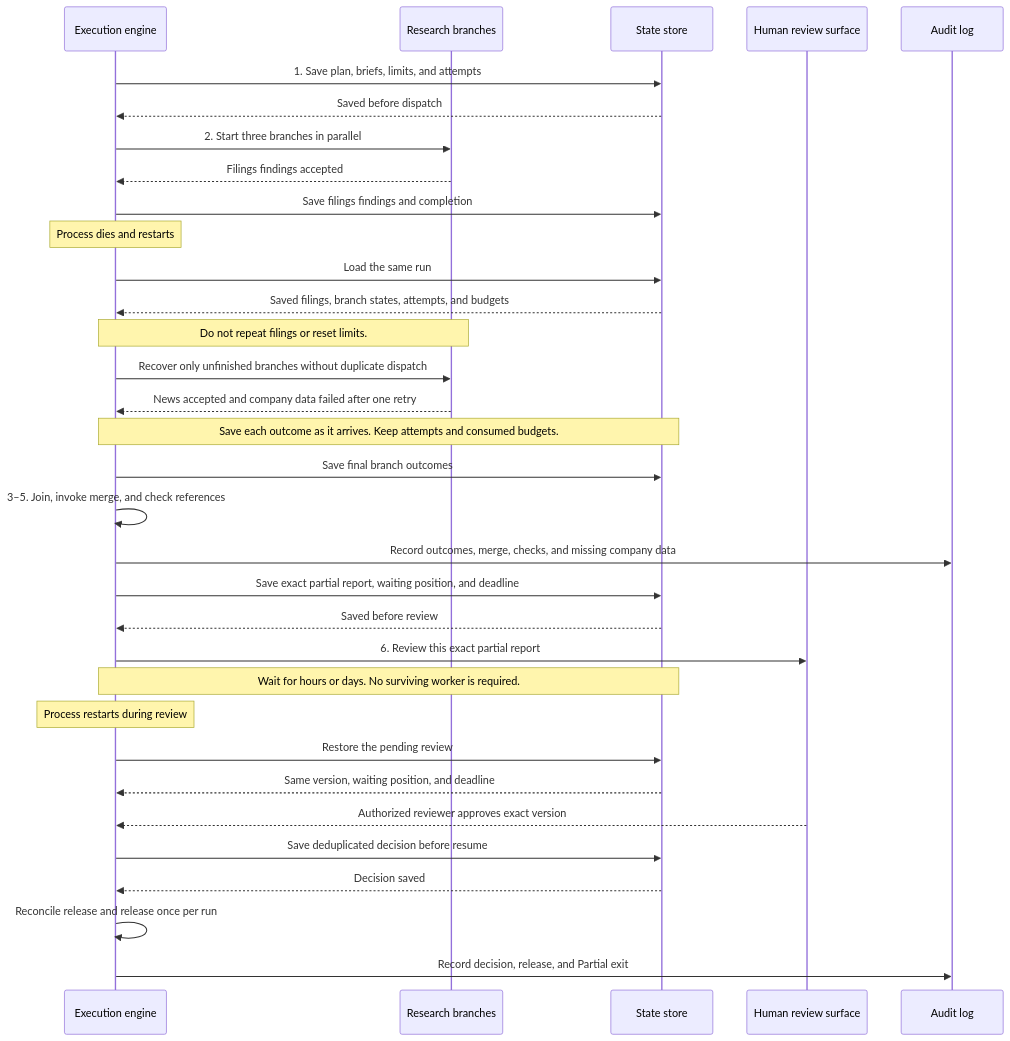
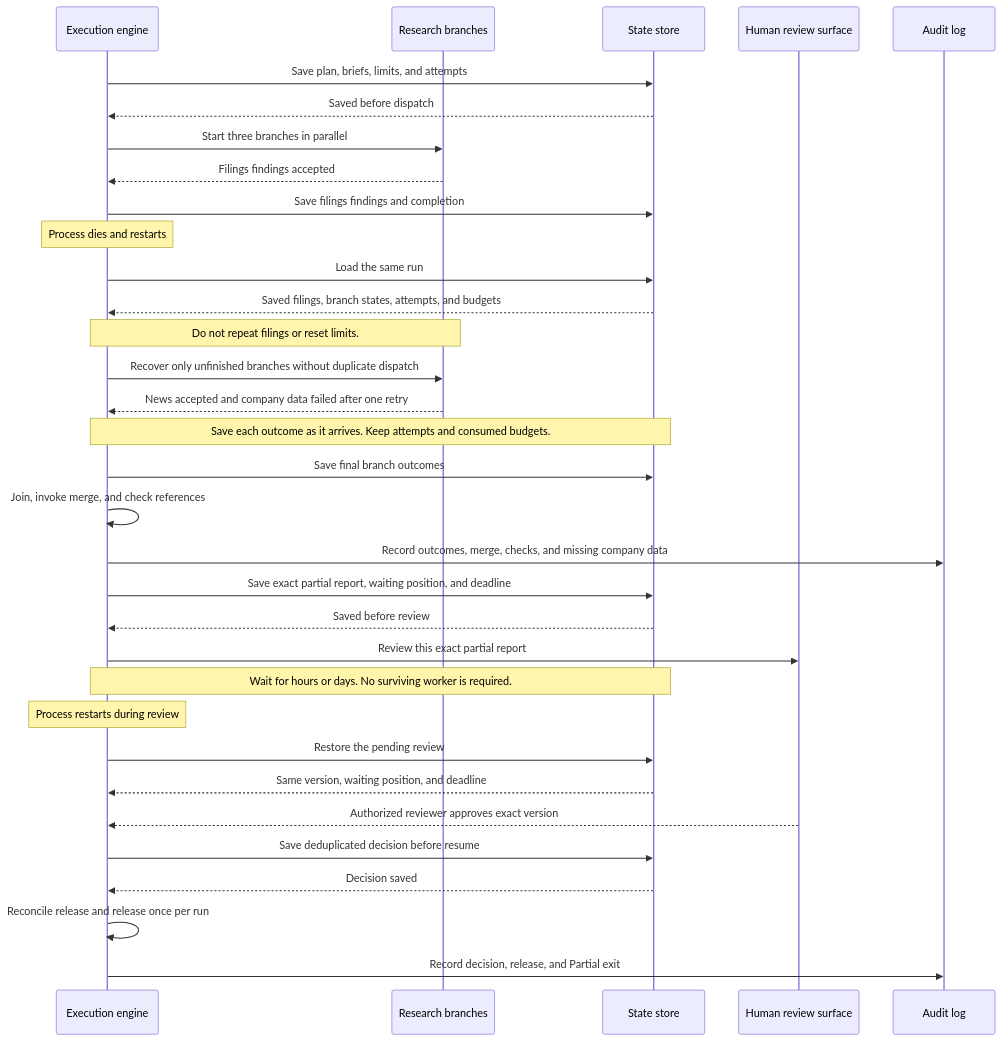
One commit to mzagar/wg-workflows-and-process-integration changed the third of 3 diagrams in workstreams/reference-architectures/architectures/parallel-research-and-merge.md. Above: the diagram before and after it, drawn with Mermaid. The commit also changed other lines of this file, not shown here.

````diff
--- a/workstreams/reference-architectures/architectures/parallel-research-and-merge.md
+++ b/workstreams/reference-architectures/architectures/parallel-research-and-merge.md
@@ -210,38 +217,38 @@
 ```mermaid
 sequenceDiagram
     participant E as Execution engine
     participant B as Research branches
     participant S as State store
     participant H as Human review surface
     participant R as Audit log
 
-    E->>S: 1. Save plan, briefs, limits, and attempts
+    E->>S: Save plan, briefs, limits, and attempts
     S-->>E: Saved before dispatch
-    E->>B: 2. Start three branches in parallel
+    E->>B: Start three branches in parallel
     B-->>E: Filings findings accepted
     E->>S: Save filings findings and completion
 
     Note over E: Process dies and restarts
     E->>S: Load the same run
     S-->>E: Saved filings, branch states, attempts, and budgets
     Note over E,B: Do not repeat filings or reset limits.
     E->>B: Recover only unfinished branches without duplicate dispatch
     B-->>E: News accepted and company data failed after one retry
     Note over E,S: Save each outcome as it arrives. Keep attempts and consumed budgets.
     E->>S: Save final branch outcomes
-    E->>E: 3–5. Join, invoke merge, and check references
+    E->>E: Join, invoke merge, and check references
     E->>R: Record outcomes, merge, checks, and missing company data
     E->>S: Save exact partial report, waiting position, and deadline
     S-->>E: Saved before review
-    E->>H: 6. Review this exact partial report
+    E->>H: Review this exact partial report
 
     Note over E,S: Wait for hours or days. No surviving worker is required.
     Note over E: Process restarts during review
     E->>S: Restore the pending review
     S-->>E: Same version, waiting position, and deadline
     H-->>E: Authorized reviewer approves exact version
     E->>S: Save deduplicated decision before resume
     S-->>E: Decision saved
     E->>E: Reconcile release and release once per run
     E->>R: Record decision, release, and Partial exit
 ```
````
